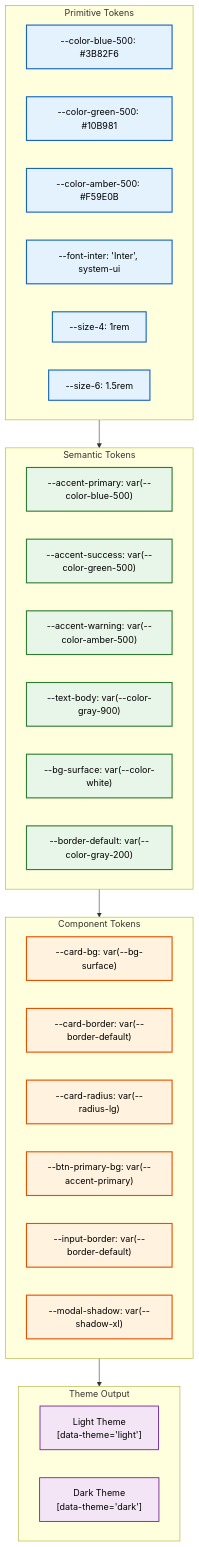
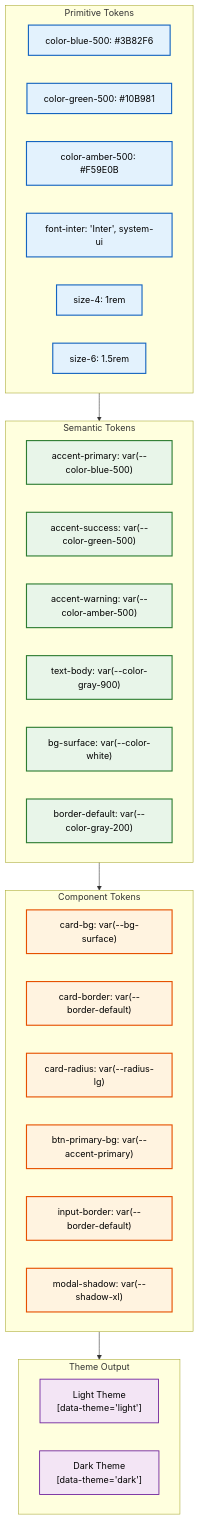
Before and after one commit to Driftloom/Vaeloom: the first of 2 diagrams in docs/frontend/Design-System.md, drawn with Mermaid. The commit also changed other lines of this file and 694 other files, not shown here.

First line of the commit message:
docs: mermaid standardization — encoding/mermaid/duplicate cleanup

````diff
--- a/docs/frontend/Design-System.md
+++ b/docs/frontend/Design-System.md
@@ -11,47 +11,47 @@
 ```mermaid
 graph TD
-    classDef prim fill:#e3f2fd,stroke:#1565c0,color:#000,stroke-width:2px
-    classDef sem fill:#e8f5e9,stroke:#2e7d32,color:#000,stroke-width:2px
-    classDef comp fill:#fff3e0,stroke:#e65100,color:#000,stroke-width:2px
-    classDef theme fill:#f3e5f5,stroke:#6a1b9a,color:#000,stroke-width:1.5px
+ classDef prim fill:#e3f2fd,stroke:#1565c0,color:#000,stroke-width:2px
+ classDef sem fill:#e8f5e9,stroke:#2e7d32,color:#000,stroke-width:2px
+ classDef comp fill:#fff3e0,stroke:#e65100,color:#000,stroke-width:2px
+ classDef theme fill:#f3e5f5,stroke:#6a1b9a,color:#000,stroke-width:1.5px
 
-    subgraph Primitive[" Primitive Tokens"]
-        P1["--color-blue-500: #3B82F6"]
-        P2["--color-green-500: #10B981"]
-        P3["--color-amber-500: #F59E0B"]
-        P4["--font-inter: 'Inter', system-ui"]
-        P5["--size-4: 1rem"]
-        P6["--size-6: 1.5rem"]
-    end
+ subgraph Primitive["Primitive Tokens"]
+ P1["color-blue-500: #3B82F6"]
+ P2["color-green-500: #10B981"]
+ P3["color-amber-500: #F59E0B"]
+ P4["font-inter: 'Inter', system-ui"]
+ P5["size-4: 1rem"]
+ P6["size-6: 1.5rem"]
+ end
 
-    subgraph Semantic[" Semantic Tokens"]
-        S1["--accent-primary: var(--color-blue-500)"]
-        S2["--accent-success: var(--color-green-500)"]
-        S3["--accent-warning: var(--color-amber-500)"]
-        S4["--text-body: var(--color-gray-900)"]
-        S5["--bg-surface: var(--color-white)"]
-        S6["--border-default: var(--color-gray-200)"]
-    end
+ subgraph Semantic["Semantic Tokens"]
+ S1["accent-primary: var(--color-blue-500)"]
+ S2["accent-success: var(--color-green-500)"]
+ S3["accent-warning: var(--color-amber-500)"]
+ S4["text-body: var(--color-gray-900)"]
+ S5["bg-surface: var(--color-white)"]
+ S6["border-default: var(--color-gray-200)"]
+ end
 
-    subgraph Component[" Component Tokens"]
-        C1["--card-bg: var(--bg-surface)"]
-        C2["--card-border: var(--border-default)"]
-        C3["--card-radius: var(--radius-lg)"]
-        C4["--btn-primary-bg: var(--accent-primary)"]
-        C5["--input-border: var(--border-default)"]
-        C6["--modal-shadow: var(--shadow-xl)"]
-    end
+ subgraph Component["Component Tokens"]
+ C1["card-bg: var(--bg-surface)"]
+ C2["card-border: var(--border-default)"]
+ C3["card-radius: var(--radius-lg)"]
+ C4["btn-primary-bg: var(--accent-primary)"]
+ C5["input-border: var(--border-default)"]
+ C6["modal-shadow: var(--shadow-xl)"]
+ end
 
-    subgraph Themes[" Theme Output"]
-        T1["Light Theme<br/>[data-theme='light']"]
-        T2["Dark Theme<br/>[data-theme='dark']"]
-    end
+ subgraph Themes["Theme Output"]
+ T1["Light Theme<br/>[data-theme='light']"]
+ T2["Dark Theme<br/>[data-theme='dark']"]
+ end
 
-    Primitive --> Semantic --> Component
-    Component --> Themes
+ Primitive--> Semantic--> Component
+ Component--> Themes
 
-    class P1,P2,P3,P4,P5,P6 prim
-    class S1,S2,S3,S4,S5,S6 sem
-    class C1,C2,C3,C4,C5,C6 comp
-    class T1,T2 theme
+ class P1,P2,P3,P4,P5,P6 prim
+ class S1,S2,S3,S4,S5,S6 sem
+ class C1,C2,C3,C4,C5,C6 comp
+ class T1,T2 theme
 ```
````
